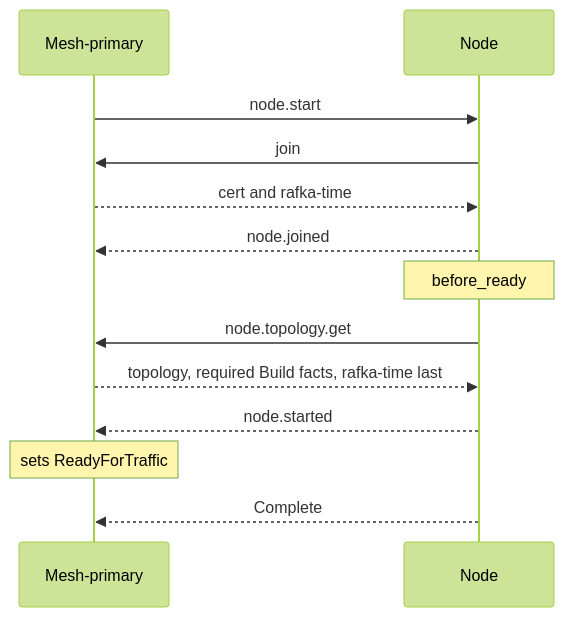
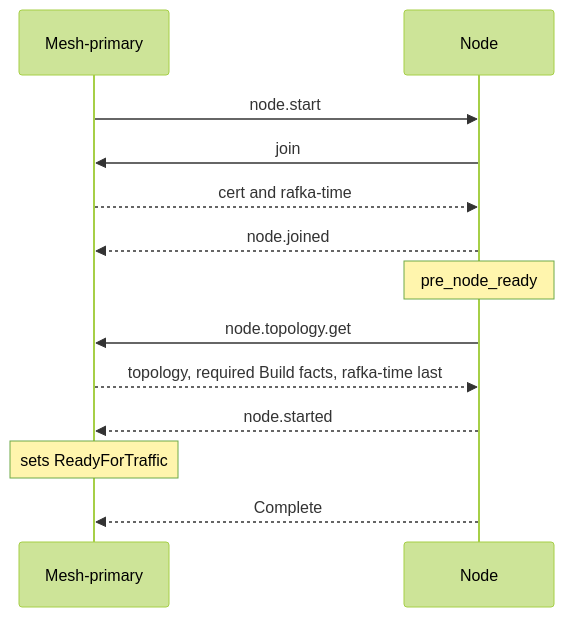
The diagram in docs/architecture/lifecycles/node-start.md (drlukeangel/rust-distributed-mesh), drawn with Mermaid (forest theme) before and after one commit. The commit also changed other lines of this file and 125 other files, not shown here.

````diff
--- a/docs/architecture/lifecycles/node-start.md
+++ b/docs/architecture/lifecycles/node-start.md
@@ -84,15 +84,15 @@
 ```mermaid
 sequenceDiagram
     participant M as Mesh-primary
     participant N as Node
     M->>N: node.start
     N->>M: join
     M-->>N: cert and rafka-time
     N-->>M: node.joined
-    Note over N: before_ready
+    Note over N: pre_node_ready
     N->>M: node.topology.get
     M-->>N: topology, required Build facts, rafka-time last
     N-->>M: node.started
     Note over M: sets ReadyForTraffic
     N-->>M: Complete
 ```
````
